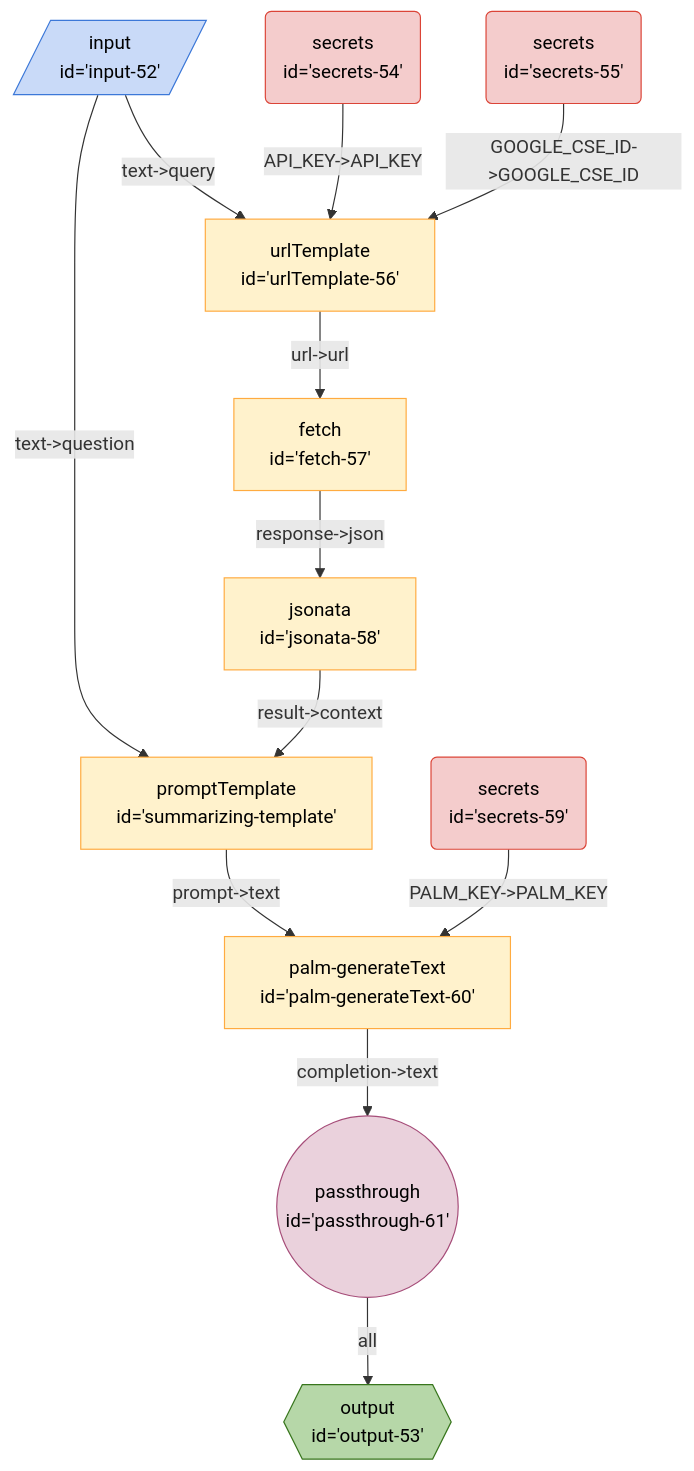
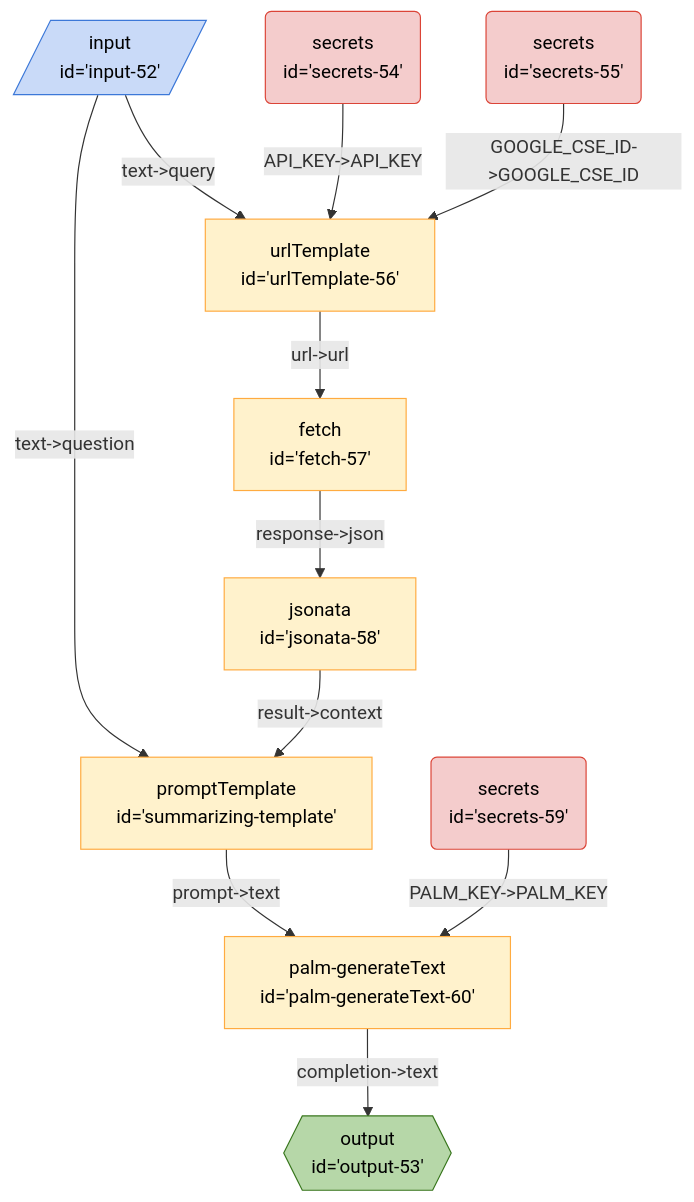
One commit to breadboard-ai/breadboard changed the diagram in seeds/breadboard-web/docs/graphs/new/search-summarize-as-action.md. Above: the diagram before and after it, drawn with Mermaid. The commit also changed 16 other files, not shown here.

````diff
--- a/seeds/breadboard-web/docs/graphs/new/search-summarize-as-action.md
+++ b/seeds/breadboard-web/docs/graphs/new/search-summarize-as-action.md
@@ -3,23 +3,22 @@
 ```mermaid
 %%{init: 'themeVariables': { 'fontFamily': 'Fira Code, monospace' }}%%
 graph TD;
-passthrough61(("passthrough <br> id='passthrough-61'")):::passthrough -- all --> output53{{"output <br> id='output-53'"}}:::output
-palmgenerateText60["palm-generateText <br> id='palm-generateText-60'"] -- "completion->text" --> passthrough61(("passthrough <br> id='passthrough-61'")):::passthrough
+palmgenerateText60["palm-generateText <br> id='palm-generateText-60'"] -- "completion->text" --> output53{{"output <br> id='output-53'"}}:::output
 summarizingtemplate["promptTemplate <br> id='summarizing-template'"] -- "prompt->text" --> palmgenerateText60["palm-generateText <br> id='palm-generateText-60'"]
 secrets59("secrets <br> id='secrets-59'"):::secrets -- "PALM_KEY->PALM_KEY" --> palmgenerateText60["palm-generateText <br> id='palm-generateText-60'"]
 input52[/"input <br> id='input-52'"/]:::input -- "text->query" --> urlTemplate56["urlTemplate <br> id='urlTemplate-56'"]
 input52[/"input <br> id='input-52'"/]:::input -- "text->question" --> summarizingtemplate["promptTemplate <br> id='summarizing-template'"]
 jsonata58["jsonata <br> id='jsonata-58'"] -- "result->context" --> summarizingtemplate["promptTemplate <br> id='summarizing-template'"]
 urlTemplate56["urlTemplate <br> id='urlTemplate-56'"] -- "url->url" --> fetch57["fetch <br> id='fetch-57'"]
 fetch57["fetch <br> id='fetch-57'"] -- "response->json" --> jsonata58["jsonata <br> id='jsonata-58'"]
 secrets54("secrets <br> id='secrets-54'"):::secrets -- "API_KEY->API_KEY" --> urlTemplate56["urlTemplate <br> id='urlTemplate-56'"]
 secrets55("secrets <br> id='secrets-55'"):::secrets -- "GOOGLE_CSE_ID->GOOGLE_CSE_ID" --> urlTemplate56["urlTemplate <br> id='urlTemplate-56'"]
 classDef default stroke:#ffab40,fill:#fff2ccff,color:#000
 classDef input stroke:#3c78d8,fill:#c9daf8ff,color:#000
 classDef output stroke:#38761d,fill:#b6d7a8ff,color:#000
 classDef passthrough stroke:#a64d79,fill:#ead1dcff,color:#000
 classDef slot stroke:#a64d79,fill:#ead1dcff,color:#000
 classDef config stroke:#a64d79,fill:#ead1dcff,color:#000
 classDef secrets stroke:#db4437,fill:#f4cccc,color:#000
 classDef slotted stroke:#a64d79
 ```
````
